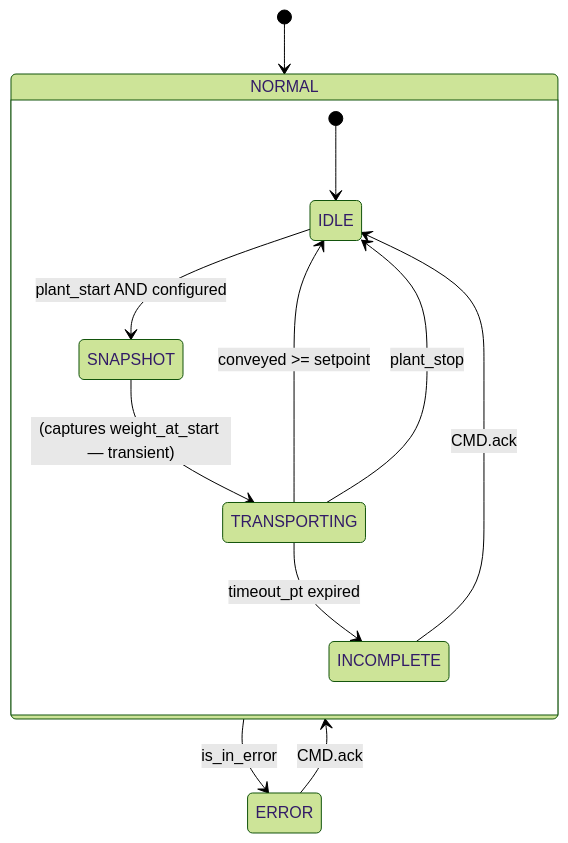
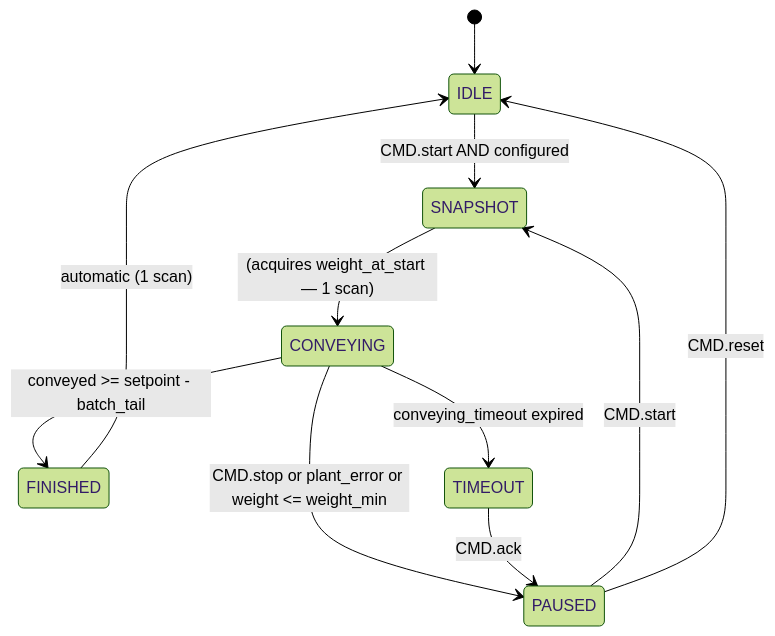
Before and after one commit to AleFire99/TIA_knowledge: the second of 2 diagrams in docs/library/load-cells/index.en.md, drawn with Mermaid (forest theme). The commit also changed other lines of this file and 69 other files, not shown here.

````diff
--- a/docs/library/load-cells/index.en.md
+++ b/docs/library/load-cells/index.en.md
@@ -176,18 +174,14 @@
 ```mermaid
 stateDiagram-v2
-    [*] --> NORMAL
+    [*] --> IDLE
 
-    state NORMAL {
-        [*] --> IDLE
-
-        IDLE --> SNAPSHOT : plant_start AND configured
-        SNAPSHOT --> TRANSPORTING : (captures weight_at_start — transient)
-        TRANSPORTING --> IDLE : conveyed >= setpoint
-        TRANSPORTING --> IDLE : plant_stop
-        TRANSPORTING --> INCOMPLETE : timeout_pt expired
-        INCOMPLETE --> IDLE : CMD.ack
-    }
-
-    NORMAL --> ERROR : is_in_error
-    ERROR --> NORMAL : CMD.ack
+    IDLE --> SNAPSHOT : CMD.start AND configured
+    SNAPSHOT --> CONVEYING : (acquires weight_at_start — 1 scan)
+    CONVEYING --> FINISHED : conveyed >= setpoint - batch_tail
+    CONVEYING --> PAUSED : CMD.stop or plant_error or weight <= weight_min
+    CONVEYING --> TIMEOUT : conveying_timeout expired
+    FINISHED --> IDLE : automatic (1 scan)
+    PAUSED --> SNAPSHOT : CMD.start
+    PAUSED --> IDLE : CMD.reset
+    TIMEOUT --> PAUSED : CMD.ack
 ```
````
